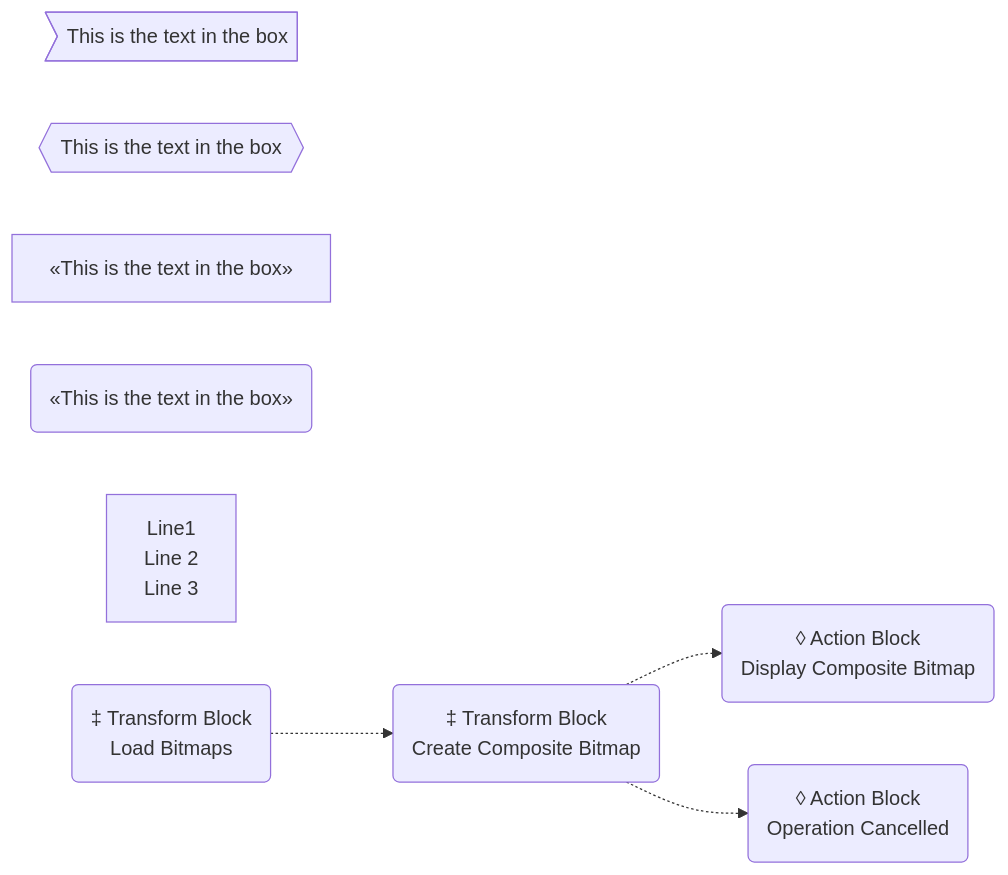
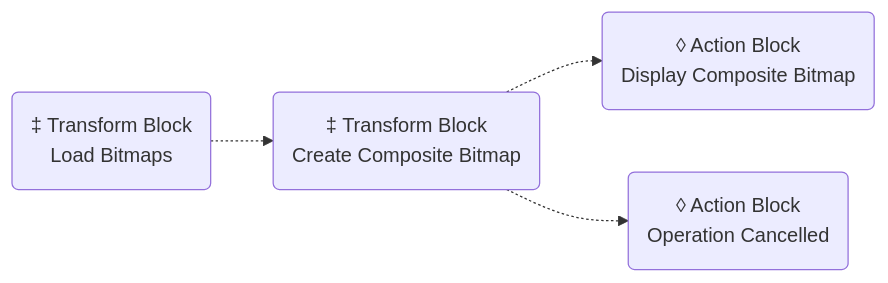
One commit to MartinRL/TplDataflow changed the diagram in CompositeImages/CompositeImages.mmd. Above: the diagram before and after it, drawn with Mermaid.

Commit message:
delete dummies

```diff
--- a/CompositeImages/CompositeImages.mmd
+++ b/CompositeImages/CompositeImages.mmd
@@ -1,27 +1,16 @@
 flowchart LR
-    id1>This is the text in the box]
-
-    id2{{This is the text in the box}}
-
-    id3["«This is the text in the box»"]
-
-    id4("«This is the text in the box»")
-
-    newLines["Line1
-    Line 2
-    Line 3"]
 
     lB("‡ Transform Block 
     Load Bitmaps")
 
     cCB("‡ Transform Block 
     Create Composite Bitmap")
 
     dCB("◊ Action Block 
     Display Composite Bitmap")
 
     oC("◊ Action Block 
     Operation Cancelled")
 
     lB .-> cCB .-> dCB
     cCB .-> oC
```
